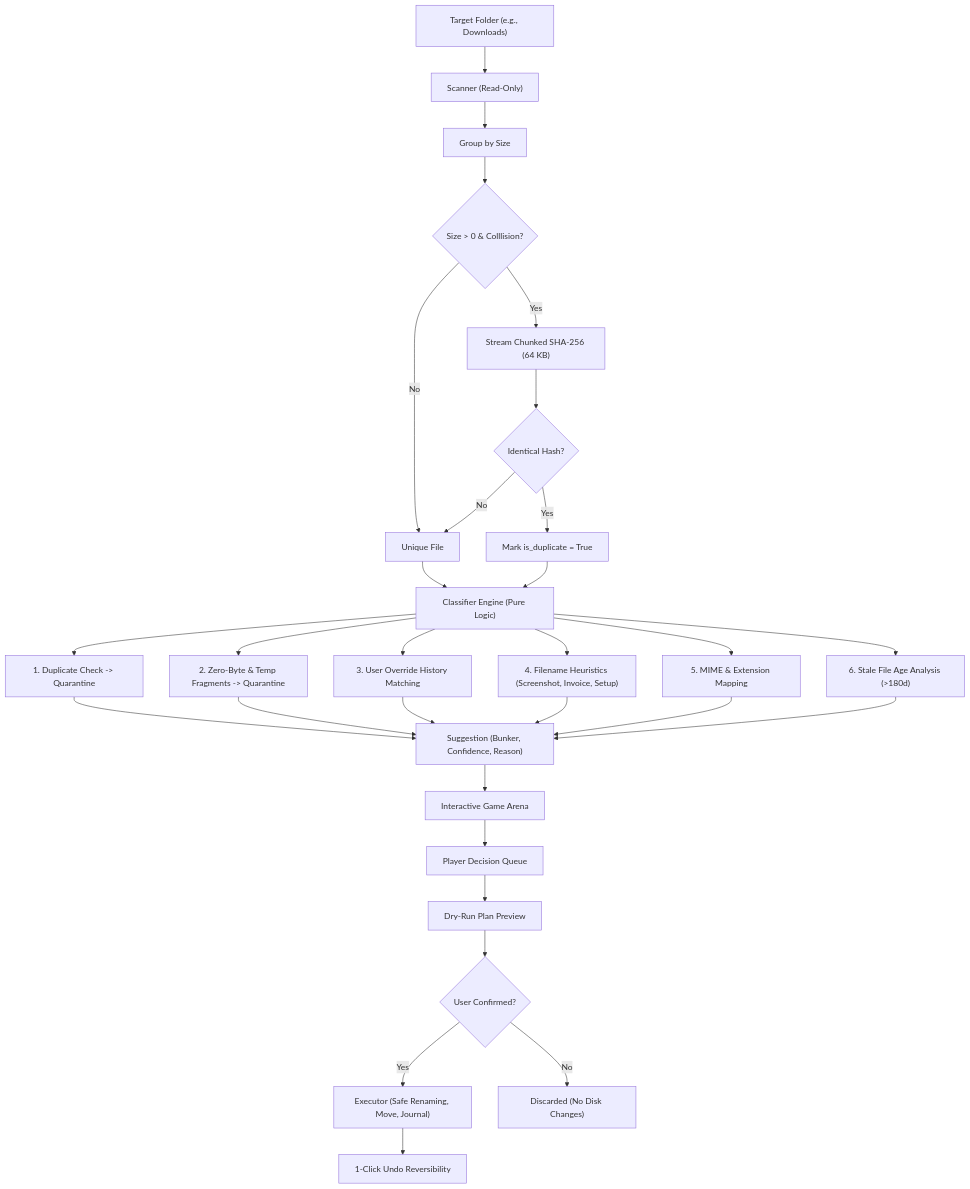
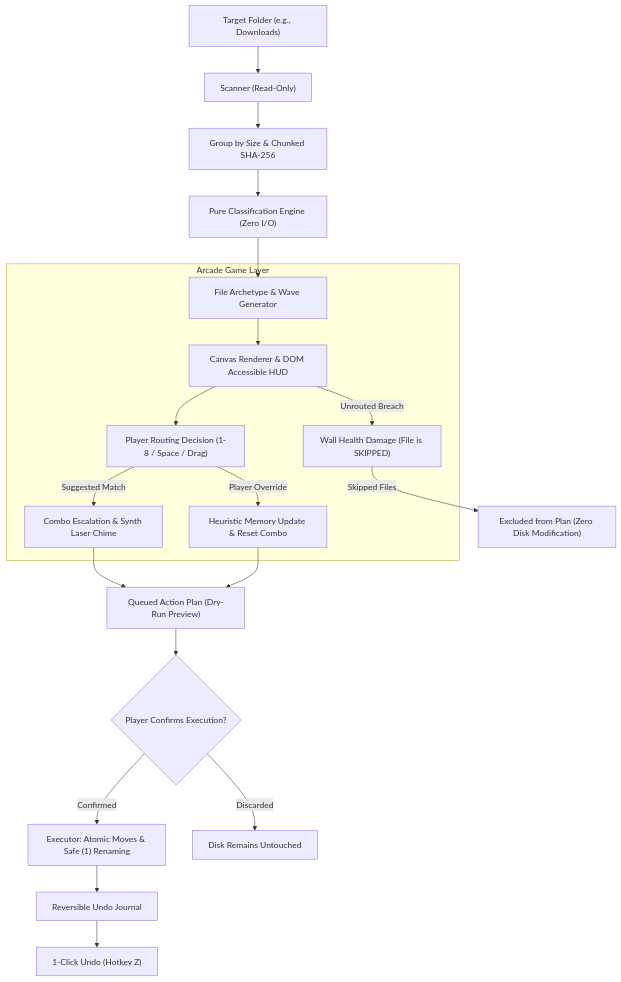
Before and after one commit to vipin-143/Taskolypse: the diagram in README.md, drawn with Mermaid. The commit also changed other lines of this file and 30 other files, not shown here.

Commit message:
feat(game): rebuild game layer as Taskocalypse: Bunker Defense with ES modules, canvas arena, and node test suite

````diff
--- a/README.md
+++ b/README.md
@@ -30,28 +41,23 @@
 ```mermaid
 flowchart TD
     A["Target Folder (e.g., Downloads)"] --> B["Scanner (Read-Only)"]
-    B --> C["Group by Size"]
-    C --> D{"Size > 0 & Colllision?"}
-    D -- Yes --> E["Stream Chunked SHA-256 (64 KB)"]
-    D -- No --> F["Unique File"]
-    E --> G{"Identical Hash?"}
-    G -- Yes --> H["Mark is_duplicate = True"]
-    G -- No --> F
+    B --> C["Group by Size & Chunked SHA-256"]
+    C --> D["Pure Classification Engine (Zero I/O)"]
+    D --> E["File Archetype & Wave Generator"]
     
-    F & H --> I["Classifier Engine (Pure Logic)"]
-    I --> J["1. Duplicate Check -> Quarantine"]
-    I --> K["2. Zero-Byte & Temp Fragments -> Quarantine"]
-    I --> L["3. User Override History Matching"]
-    I --> M["4. Filename Heuristics (Screenshot, Invoice, Setup)"]
-    I --> N["5. MIME & Extension Mapping"]
-    I --> O["6. Stale File Age Analysis (>180d)"]
+    subgraph "Arcade Game Layer"
+        E --> F["Canvas Renderer & DOM Accessible HUD"]
+        F --> G["Player Routing Decision (1-8 / Space / Drag)"]
+        G -- Suggested Match --> H["Combo Escalation & Synth Laser Chime"]
+        G -- Player Override --> I["Heuristic Memory Update & Reset Combo"]
+        F -- Unrouted Breach --> J["Wall Health Damage (File is SKIPPED)"]
+    end
     
-    J & K & L & M & N & O --> P["Suggestion (Bunker, Confidence, Reason)"]
-    P --> Q["Interactive Game Arena"]
-    Q --> R["Player Decision Queue"]
-    R --> S["Dry-Run Plan Preview"]
-    S --> T{"User Confirmed?"}
-    T -- Yes --> U["Executor (Safe Renaming, Move, Journal)"]
-    T -- No --> V["Discarded (No Disk Changes)"]
-    U --> W["1-Click Undo Reversibility"]
+    H & I --> K["Queued Action Plan (Dry-Run Preview)"]
+    J -- Skipped Files --> L["Excluded from Plan (Zero Disk Modification)"]
+    K --> M{"Player Confirms Execution?"}
+    M -- Confirmed --> N["Executor: Atomic Moves & Safe (1) Renaming"]
+    M -- Discarded --> O["Disk Remains Untouched"]
+    N --> P["Reversible Undo Journal"]
+    P --> Q["1-Click Undo (Hotkey Z)"]
 ```
````
